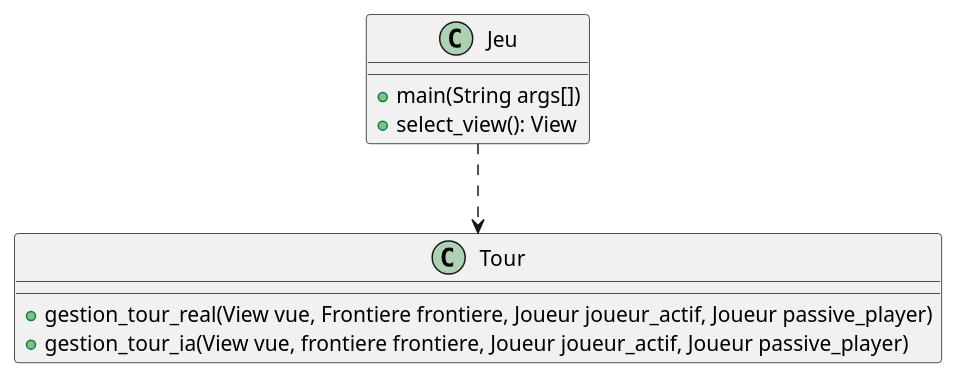
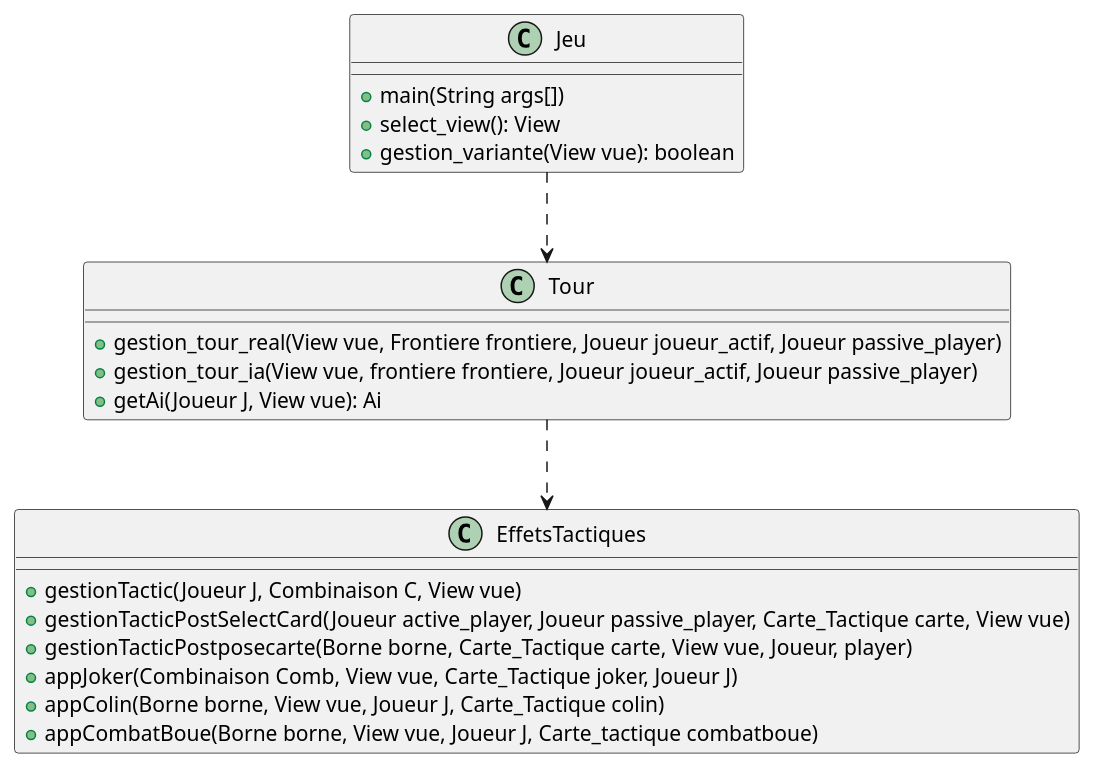
The diagram in src/diagrams/jeu.puml (Pagatok/pg220), drawn with PlantUML before and after one commit. The commit also changed 12 other files, not shown here.

Commit message:
- Mise à jour des diagrammes de classes - Mise au propre de Borne.java

```diff
--- a/src/diagrams/jeu.puml
+++ b/src/diagrams/jeu.puml
@@ -1,15 +1,27 @@
 @startuml jeu
 
 class Jeu{
-    + main(String args[])
-    + select_view(): View
+	+ main(String args[])
+	+ select_view(): View
+	+ gestion_variante(View vue): boolean
 }
 
 class Tour{
-    + gestion_tour_real(View vue, Frontiere frontiere, Joueur joueur_actif, Joueur passive_player)
-    + gestion_tour_ia(View vue, frontiere frontiere, Joueur joueur_actif, Joueur passive_player)
+	+ gestion_tour_real(View vue, Frontiere frontiere, Joueur joueur_actif, Joueur passive_player)
+	+ gestion_tour_ia(View vue, frontiere frontiere, Joueur joueur_actif, Joueur passive_player)
+	+ getAi(Joueur J, View vue): Ai
+}
+
+class EffetsTactiques{
+	+ gestionTactic(Joueur J, Combinaison C, View vue)
+	+ gestionTacticPostSelectCard(Joueur active_player, Joueur passive_player, Carte_Tactique carte, View vue)
+	+ gestionTacticPostposecarte(Borne borne, Carte_Tactique carte, View vue, Joueur, player)
+	+ appJoker(Combinaison Comb, View vue, Carte_Tactique joker, Joueur J)
+	+ appColin(Borne borne, View vue, Joueur J, Carte_Tactique colin)
+	+ appCombatBoue(Borne borne, View vue, Joueur J, Carte_tactique combatboue)
 }
 
 Jeu ..> Tour
+Tour ..> EffetsTactiques
 
 @enduml
```
